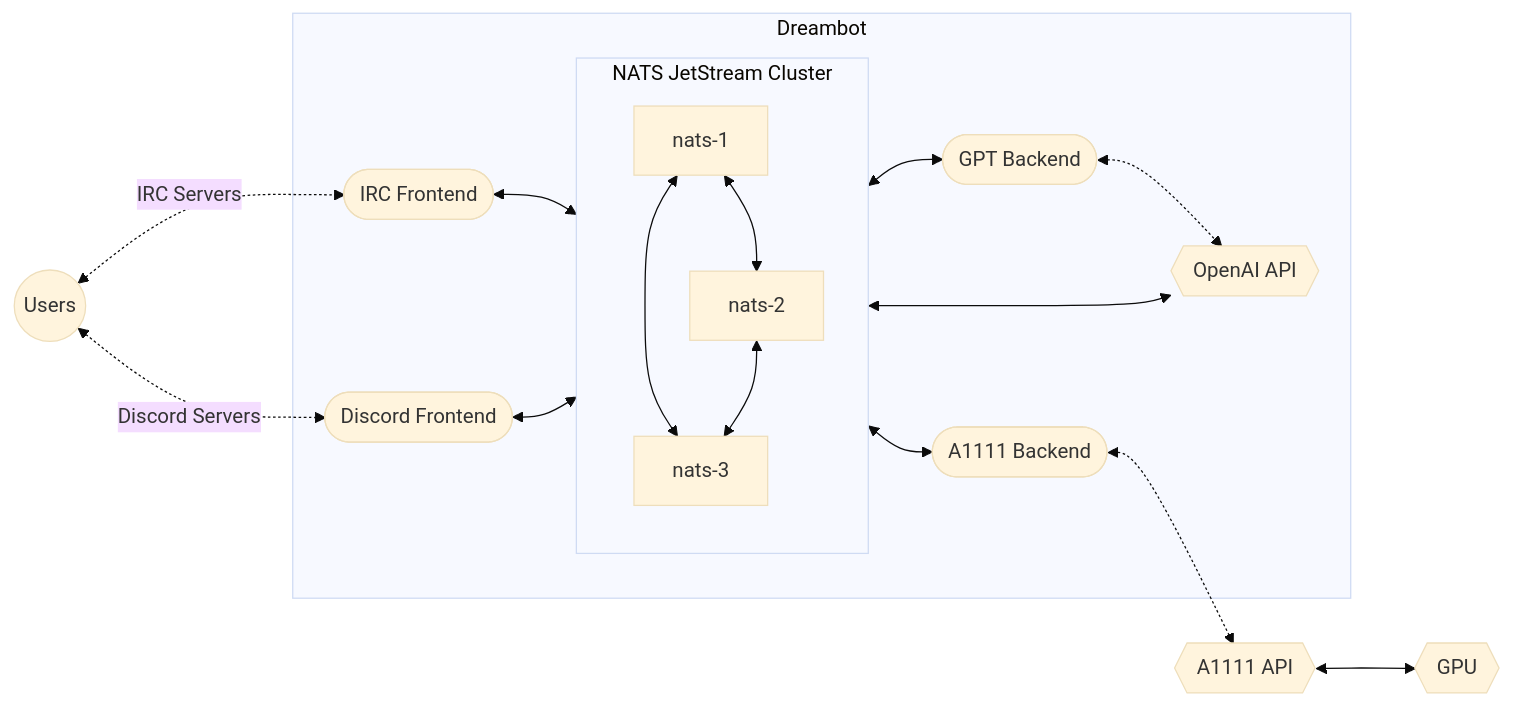
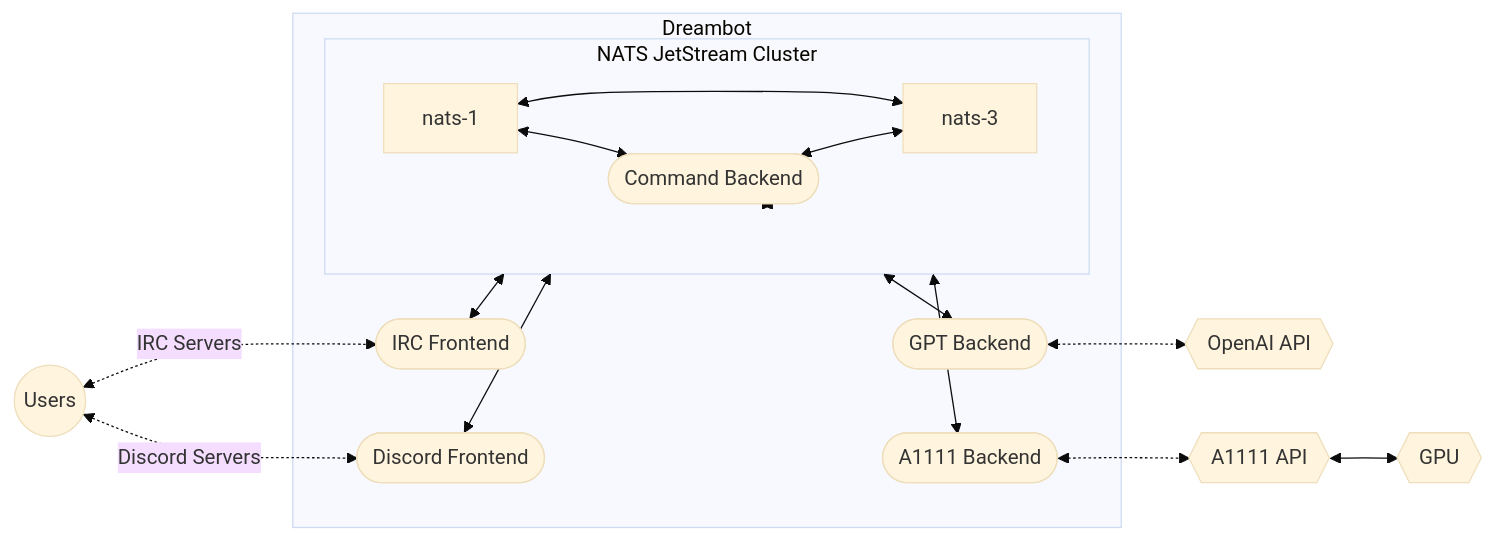
The diagram in README.md (cmsj/dreambot), drawn with Mermaid (base theme) before and after one commit.

Commit message:
Add Command backend to mermaid diagram

````diff
--- a/README.md
+++ b/README.md
@@ -11,24 +11,24 @@
 ```mermaid
 flowchart LR
     subgraph NATS [ NATS JetStream Cluster]
         C[nats-1]
         I[nats-2]
         J[nats-3]
 
         C <--> I
         C <--> J
         I <--> J
     end
     subgraph Dreambot
         B([IRC Frontend])
         E([GPT Backend])
         D([Discord Frontend])
         F([A1111 Backend])
-        G([Command Backend])
+        I([Command Backend])
         NATS
     end
     A((Users)) <-. IRC Servers .-> B <--> NATS <--> E <-.-> G{{OpenAI API}}
     A <-. Discord Servers .-> D <--> NATS <--> F <-.-> H{{A1111 API}} <--> L{{GPU}}
-    NATS <--> G
+    NATS <--> I
 
 ```
````
